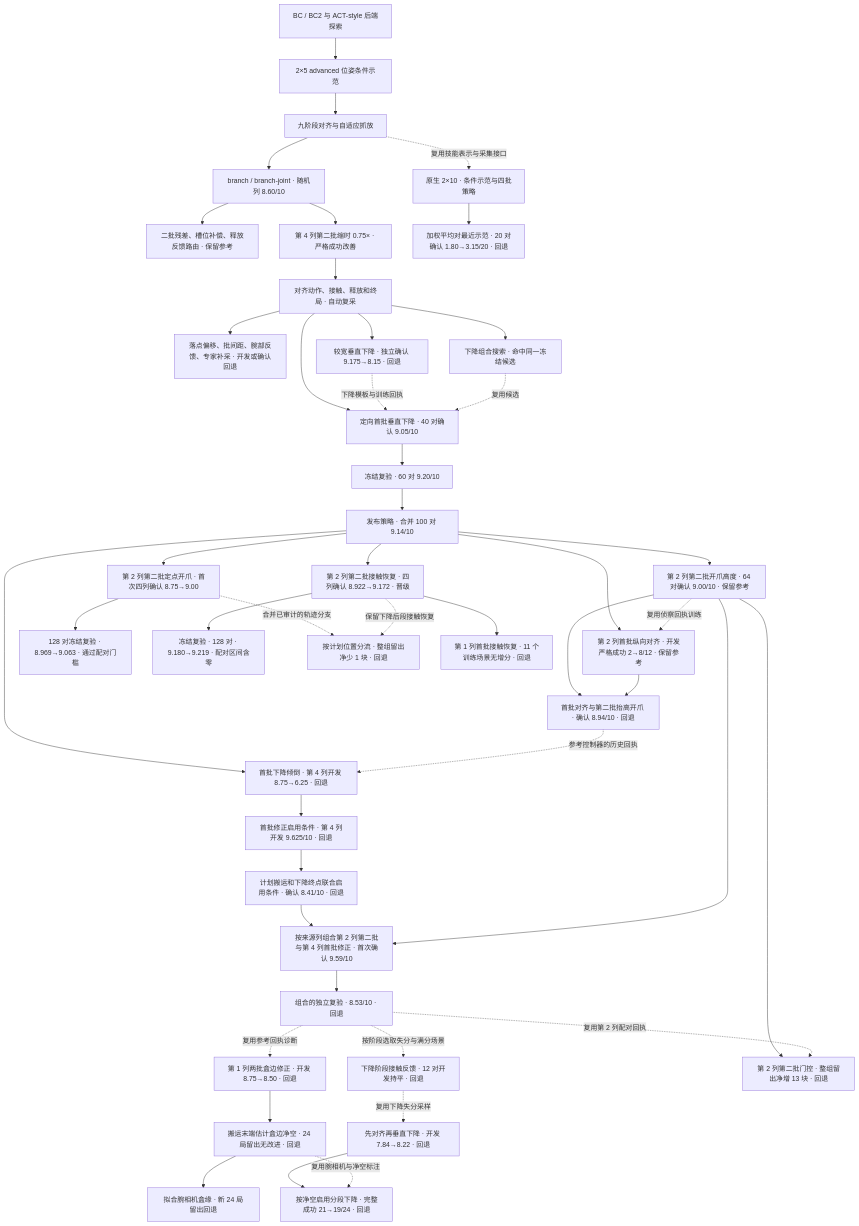
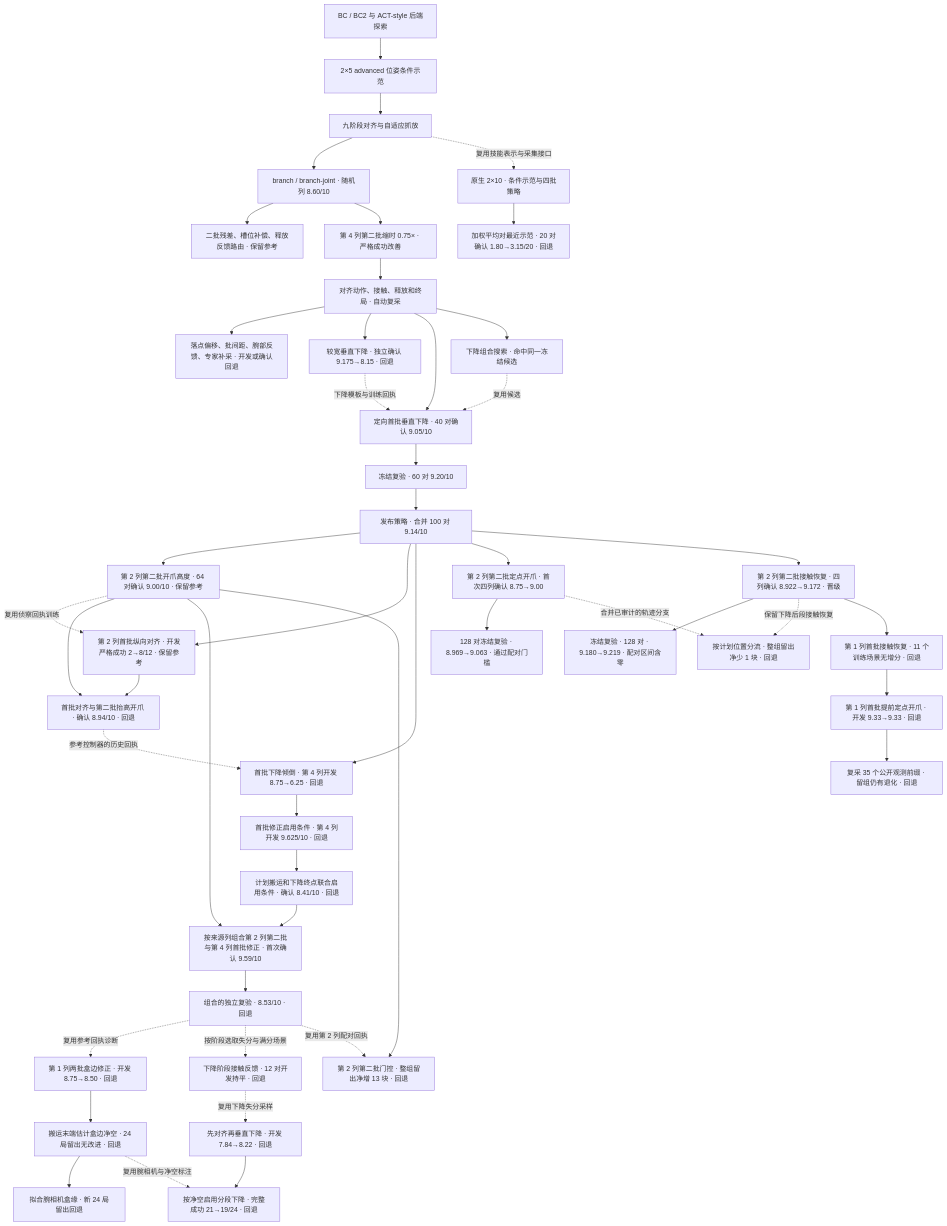
The second of 2 diagrams in docs/A3_EXPERIMENT_TREE.md (haiyouxiaji/a3-agent-optimizer), drawn with Mermaid before and after one commit. The commit also changed other lines of this file and 27 other files, not shown here.

````diff
--- a/docs/A3_EXPERIMENT_TREE.md
+++ b/docs/A3_EXPERIMENT_TREE.md
@@ -19,47 +19,49 @@
 ```mermaid
 flowchart TD
     BC["BC / BC2 与 ACT-style 后端探索"] --> ADV["2×5 advanced 位姿条件示范"]
     ADV --> PH["九阶段对齐与自适应抓放"]
     PH --> BJ["branch / branch-joint · 随机列 8.60/10"]
     BJ --> REL["二批残差、槽位补偿、释放反馈路由 · 保留参考"]
     BJ --> TIM["第 4 列第二批缩时 0.75× · 严格成功改善"]
     TIM --> DIAG["对齐动作、接触、释放和终局 · 自动复采"]
     DIAG --> OFF["落点偏移、批间距、腕部反馈、专家补采 · 开发或确认回退"]
     DIAG --> WIDE["较宽垂直下降 · 独立确认 9.175→8.15 · 回退"]
     DIAG --> FOCUS["定向首批垂直下降 · 40 对确认 9.05/10"]
     WIDE -.->|下降模板与训练回执| FOCUS
     DIAG --> DUP["下降组合搜索 · 命中同一冻结候选"]
     DUP -.->|复用候选| FOCUS
     FOCUS --> REP["冻结复验 · 60 对 9.20/10"]
     REP --> BEST["发布策略 · 合并 100 对 9.14/10"]
     BEST --> HOVER["第 2 列第二批开爪高度 · 64 对确认 9.00/10 · 保留参考"]
     BEST --> ROW["第 2 列首批纵向对齐 · 开发严格成功 2→8/12 · 保留参考"]
     HOVER -.->|复用侦察回执训练| ROW
     HOVER --> COMPOSE["首批对齐与第二批抬高开爪 · 确认 8.94/10 · 回退"]
     ROW --> COMPOSE
     BEST --> FIRSTHOVER["首批下降倾倒 · 第 4 列开发 8.75→6.25 · 回退"]
     COMPOSE -.->|参考控制器的历史回执| FIRSTHOVER
     FIRSTHOVER --> GUARD["首批修正启用条件 · 第 4 列开发 9.625/10 · 回退"]
     GUARD --> PROJECT["计划搬运和下降终点联合启用条件 · 确认 8.41/10 · 回退"]
     PROJECT --> ROUTED["按来源列组合第 2 列第二批与第 4 列首批修正 · 首次确认 9.59/10"]
     HOVER --> ROUTED
     ROUTED --> ROUTEDREP["组合的独立复验 · 8.53/10 · 回退"]
     ROUTEDREP -.->|复用参考回执诊断| WALL["第 1 列两批盒边修正 · 开发 8.75→8.50 · 回退"]
     WALL --> SENSE["搬运末端估计盒边净空 · 24 局留出无改进 · 回退"]
     SENSE --> EDGES["拟合腕相机盒缘 · 新 24 局留出回退"]
     ROUTEDREP -.->|按阶段选取失分与满分场景| FORCE["下降阶段接触反馈 · 12 对开发持平 · 回退"]
     HOVER --> LATE["第 2 列第二批门控 · 整组留出净增 13 块 · 回退"]
     ROUTEDREP -.->|复用第 2 列配对回执| LATE
     FORCE -.->|复用下降失分采样| STAGED["先对齐再垂直下降 · 开发 7.84→8.22 · 回退"]
     STAGED --> STAGEDGATE["按净空启用分段下降 · 完整成功 21→19/24 · 回退"]
     SENSE -.->|复用腕相机与净空标注| STAGEDGATE
     BEST --> HOLD["第 2 列第二批定点开爪 · 首次四列确认 8.75→9.00"]
     HOLD --> HOLDREP["128 对冻结复验 · 8.969→9.063 · 通过配对门槛"]
     BEST --> RECOVERY["第 2 列第二批接触恢复 · 四列确认 8.922→9.172 · 晋级"]
     RECOVERY --> RECOVERYREP["冻结复验 · 128 对 · 9.180→9.219 · 配对区间含零"]
     HOLD -.->|合并已审计的轨迹分支| RELEASEGATE["按计划位置分流 · 整组留出净少 1 块 · 回退"]
     RECOVERY -.->|保留下降后段接触恢复| RELEASEGATE
     RECOVERY --> FIRSTREC["第 1 列首批接触恢复 · 11 个训练场景无增分 · 回退"]
+    FIRSTREC --> EARLY["第 1 列首批提前定点开爪 · 开发 9.33→9.33 · 回退"]
+    EARLY --> FIRSTGATE["复采 35 个公开观测前缀 · 留组仍有退化 · 回退"]
     PH -.->|复用技能表示与采集接口| TEN["原生 2×10 · 条件示范与四批策略"]
     TEN --> TR["加权平均对最近示范 · 20 对确认 1.80→3.15/20 · 回退"]
 ```
````
